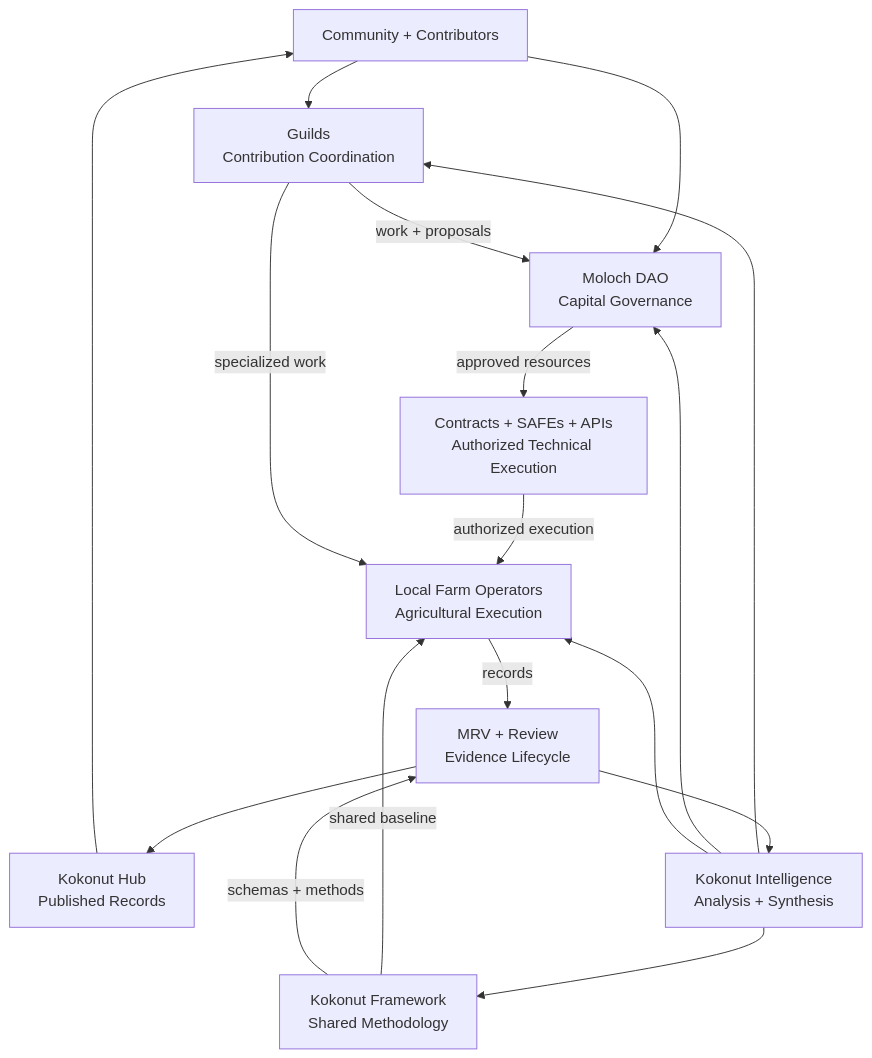
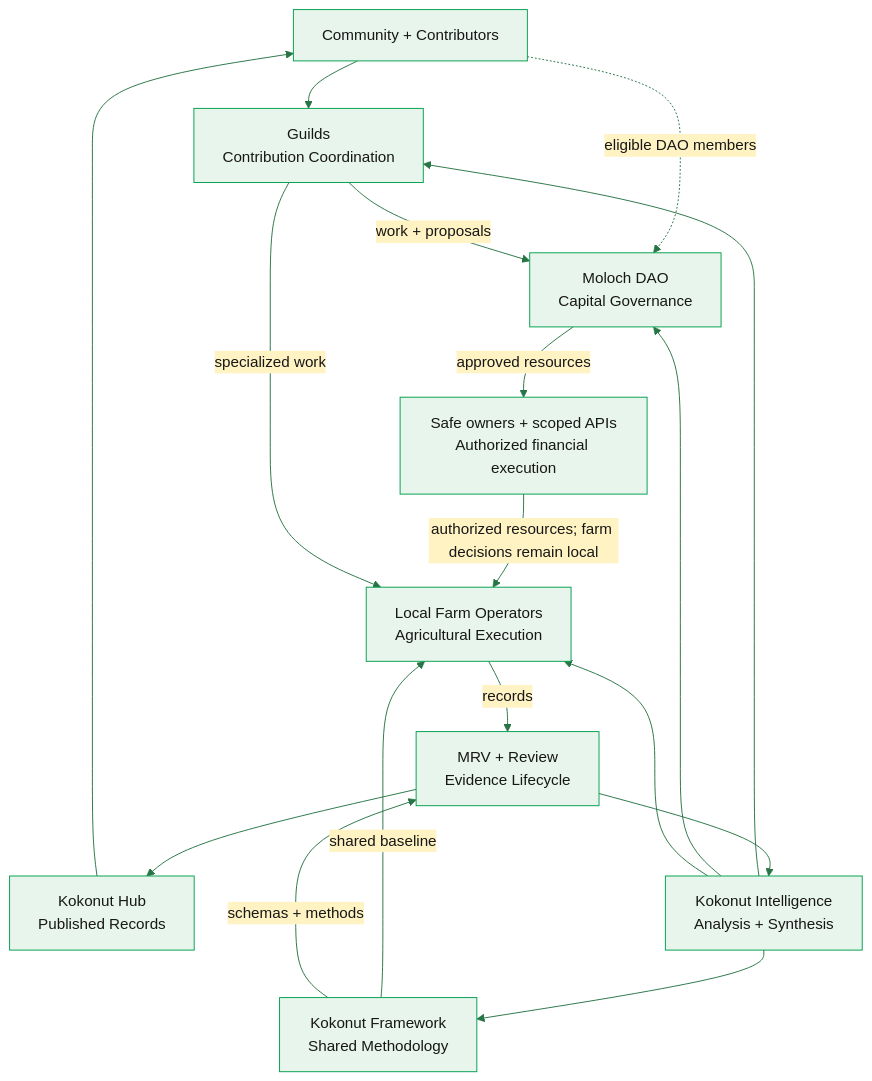
One commit to wasalo/Kokonut-Public-Site changed the first of 2 diagrams in ecosystem-wiki/the-kokonut-dao/dao-layers.mdx. Above: the diagram before and after it, drawn with Mermaid. The commit also changed other lines of this file and 9 other files, not shown here.

Commit message:
style(mermaid): refresh governance, MRV and farm reference diagrams with authority distinctions

````diff
--- a/ecosystem-wiki/the-kokonut-dao/dao-layers.mdx
+++ b/ecosystem-wiki/the-kokonut-dao/dao-layers.mdx
@@ -121,38 +121,39 @@
 ```mermaid
+%%{init: {"theme":"base","themeVariables":{"primaryColor":"#e8f5ec","primaryTextColor":"#171717","primaryBorderColor":"#009F4D","secondaryColor":"#fff3c4","tertiaryColor":"#ffffff","lineColor":"#277445","fontFamily":"Inter, Arial, sans-serif"}}}%%
 flowchart TD
     COMMUNITY["Community + Contributors"]
 
     MOLOCH["Moloch DAO<br/>Capital Governance"]
     GUILDS["Guilds<br/>Contribution Coordination"]
     FRAMEWORK["Kokonut Framework<br/>Shared Methodology"]
 
     OPERATORS["Local Farm Operators<br/>Agricultural Execution"]
 
     MRV["MRV + Review<br/>Evidence Lifecycle"]
     HUB["Kokonut Hub<br/>Published Records"]
     KI["Kokonut Intelligence<br/>Analysis + Synthesis"]
 
-    TECH["Contracts + SAFEs + APIs<br/>Authorized Technical Execution"]
+    TECH["Safe owners + scoped APIs<br/>Authorized financial execution"]
 
     COMMUNITY --> GUILDS
-    COMMUNITY --> MOLOCH
+    COMMUNITY -.->|"eligible DAO members"| MOLOCH
 
     GUILDS -->|"work + proposals"| MOLOCH
     MOLOCH -->|"approved resources"| TECH
-    TECH -->|"authorized execution"| OPERATORS
+    TECH -->|"authorized resources; farm decisions remain local"| OPERATORS
 
     GUILDS -->|"specialized work"| OPERATORS
     FRAMEWORK -->|"shared baseline"| OPERATORS
 
     OPERATORS -->|"records"| MRV
     MRV --> HUB
     MRV --> KI
 
     HUB --> COMMUNITY
     KI --> GUILDS
     KI --> MOLOCH
     KI --> FRAMEWORK
     KI --> OPERATORS
 
     FRAMEWORK -->|"schemas + methods"| MRV
 ```
````
